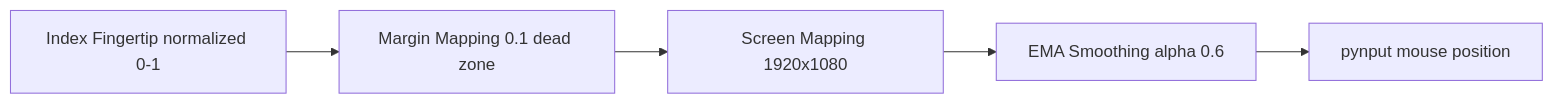
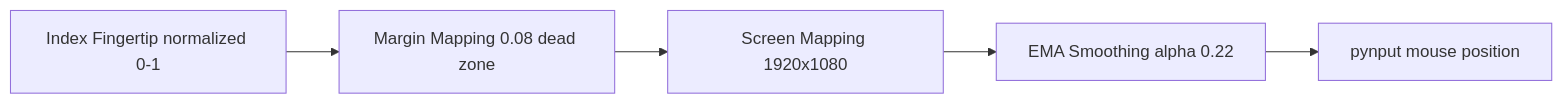
One commit to RajTewari01/Spatial_tracer changed the sixth of 7 diagrams in README.md. Above: the diagram before and after it, drawn with Mermaid. The commit also changed other lines of this file and 2 other files, not shown here.

Commit message:
docs: correct technical constants based on code audit

````diff
--- a/README.md
+++ b/README.md
@@ -355,7 +355,7 @@
 ```mermaid
 flowchart LR
-    A["Index Fingertip normalized 0-1"] --> B["Margin Mapping 0.1 dead zone"]
+    A["Index Fingertip normalized 0-1"] --> B["Margin Mapping 0.08 dead zone"]
     B --> C["Screen Mapping 1920x1080"]
-    C --> D["EMA Smoothing alpha 0.6"]
+    C --> D["EMA Smoothing alpha 0.22"]
     D --> E["pynput mouse position"]
 ```
````
